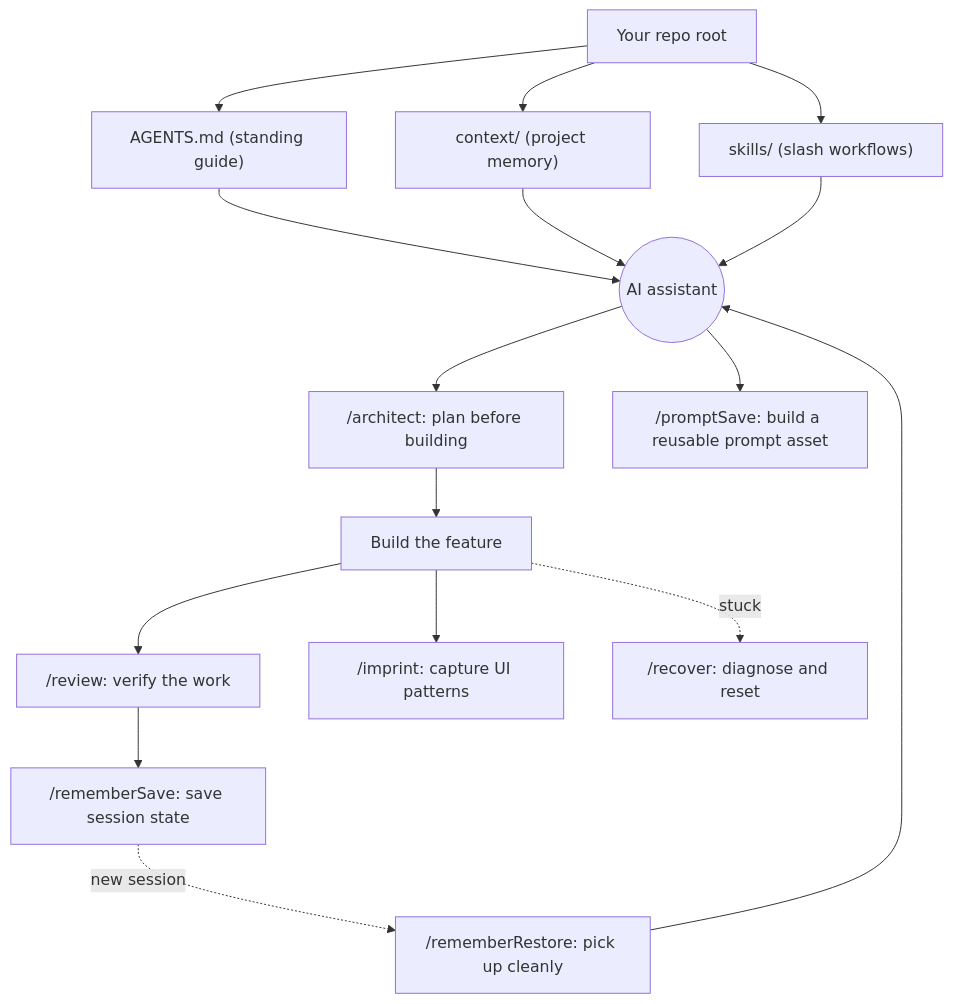
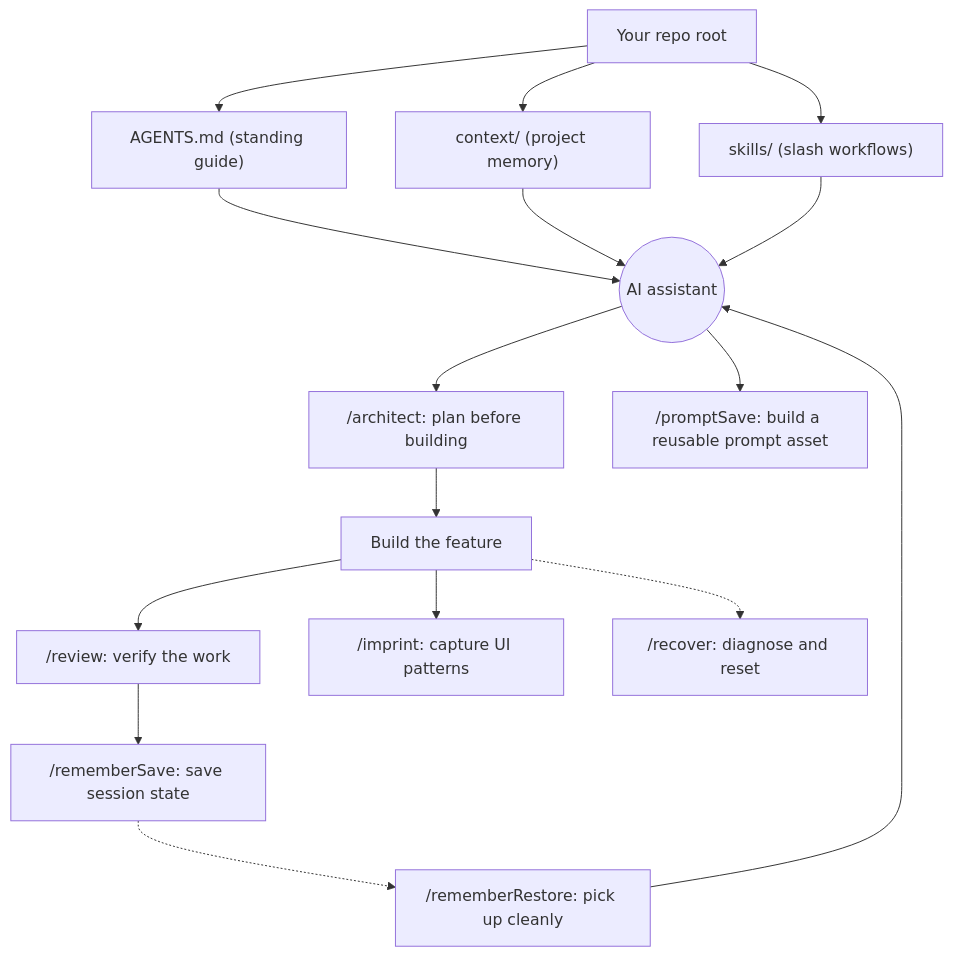
Before and after one commit to Scurrlin/AI-Playbook: the diagram in README.md, drawn with Mermaid.

Commit message:
update flowchart

````diff
--- a/README.md
+++ b/README.md
@@ -31,21 +31,21 @@
 ```mermaid
 flowchart TD
     Repo["Your repo root"]
     Repo --> Agents["AGENTS.md (standing guide)"]
     Repo --> Context["context/ (project memory)"]
     Repo --> Skills["skills/ (slash workflows)"]
 
     Agents --> AI(("AI assistant"))
     Context --> AI
     Skills --> AI
 
     AI --> Architect["/architect: plan before building"]
     Architect --> BuildStep["Build the feature"]
     BuildStep --> Review["/review: verify the work"]
     BuildStep --> Imprint["/imprint: capture UI patterns"]
-    BuildStep -.->|stuck| Recover["/recover: diagnose and reset"]
+    BuildStep -.-> Recover["/recover: diagnose and reset"]
     AI --> PromptSave["/promptSave: build a reusable prompt asset"]
     Review --> Save["/rememberSave: save session state"]
-    Save -.->|new session| Restore["/rememberRestore: pick up cleanly"]
+    Save -.-> Restore["/rememberRestore: pick up cleanly"]
     Restore --> AI
 ```
````
